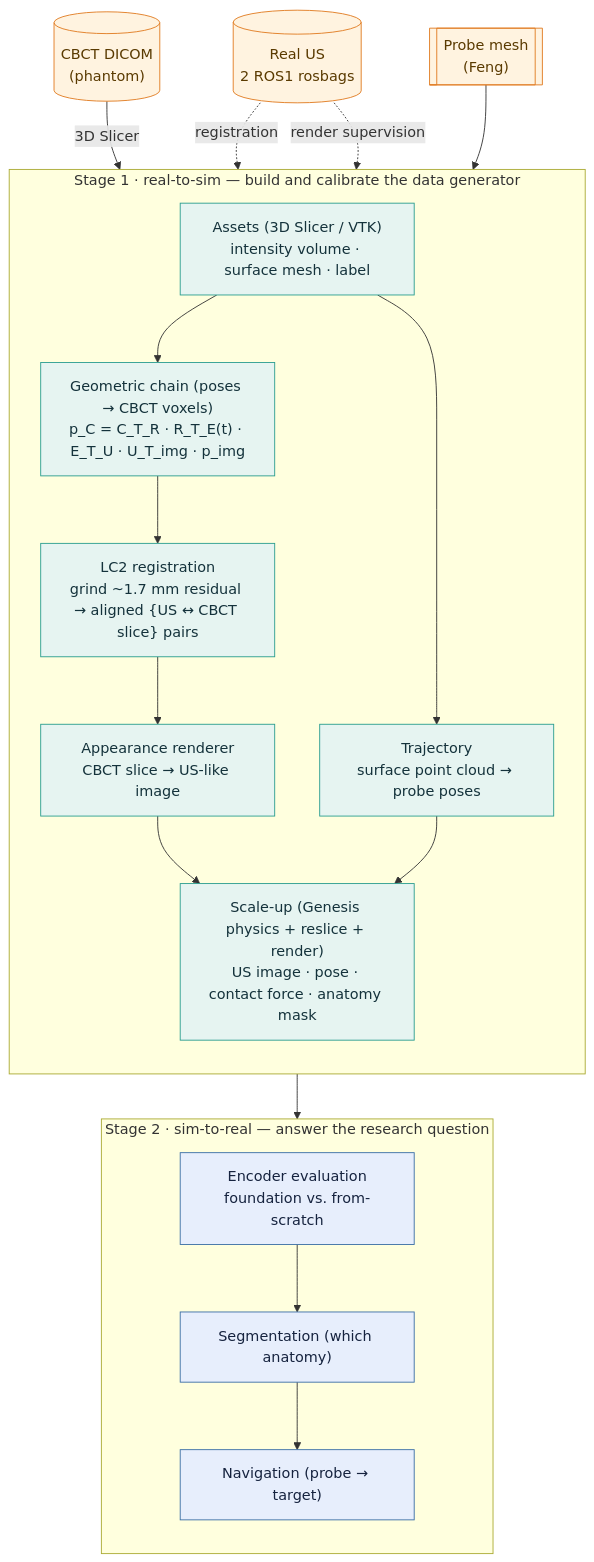
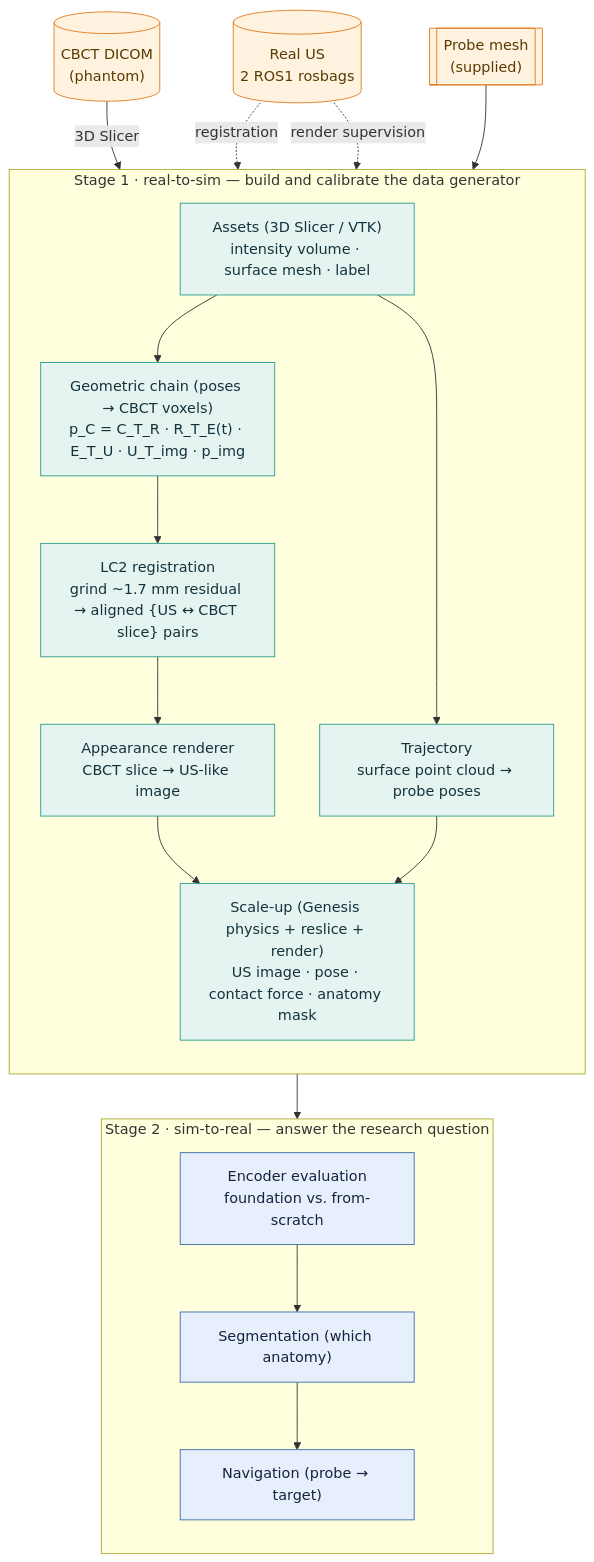
One commit to JerryPlain/deepussim changed the diagram in README.md. Above: the diagram before and after it, drawn with Mermaid. The commit also changed other lines of this file and 10 other files, not shown here.

````diff
--- a/README.md
+++ b/README.md
@@ -25,38 +25,38 @@
 ```mermaid
 flowchart TB
     CBCT[("CBCT DICOM<br/>(phantom)")]
     USREAL[("Real US<br/>2 ROS1 rosbags")]
-    PROBE[["Probe mesh<br/>(Feng)"]]
+    PROBE[["Probe mesh<br/>(supplied)"]]
 
     subgraph STAGE1["Stage 1 · real-to-sim — build and calibrate the data generator"]
         direction TB
         ASSETS["Assets (3D Slicer / VTK)<br/>intensity volume · surface mesh · label"]
         CHAIN["Geometric chain (poses → CBCT voxels)<br/>p_C = C_T_R · R_T_E(t) · E_T_U · U_T_img · p_img"]
         LC2["LC2 registration<br/>grind ~1.7 mm residual → aligned {US ↔ CBCT slice} pairs"]
         REND["Appearance renderer<br/>CBCT slice → US-like image"]
         TRAJ["Trajectory<br/>surface point cloud → probe poses"]
         SCALE["Scale-up (Genesis physics + reslice + render)<br/>US image · pose · contact force · anatomy mask"]
     end
 
     subgraph STAGE2["Stage 2 · sim-to-real — answer the research question"]
         direction TB
         ENC["Encoder evaluation<br/>foundation vs. from-scratch"]
         SEG["Segmentation (which anatomy)"]
         NAV["Navigation (probe → target)"]
     end
 
     CBCT -->|3D Slicer| ASSETS
     USREAL -. registration .-> LC2
     USREAL -. render supervision .-> REND
     PROBE --> SCALE
     ASSETS --> CHAIN --> LC2 --> REND --> SCALE
     ASSETS --> TRAJ --> SCALE
     SCALE --> ENC --> SEG --> NAV
 
     classDef s1 fill:#e6f4f1,stroke:#2a9d8f,color:#14323b;
     classDef s2 fill:#e7eefc,stroke:#3a6ea5,color:#16233f;
     classDef inp fill:#fff3e0,stroke:#e07a1f,color:#5a3a00;
     class ASSETS,CHAIN,LC2,REND,TRAJ,SCALE s1;
     class ENC,SEG,NAV s2;
     class CBCT,USREAL,PROBE inp;
 ```
````
